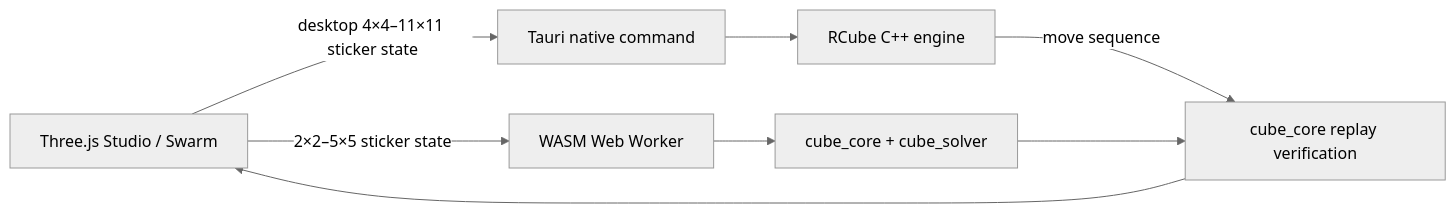
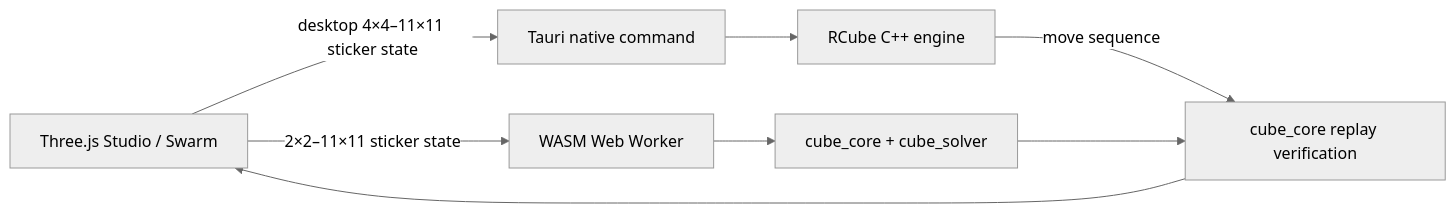
The diagram in README.md (evaarnas/Solvaus-hybridi), drawn with Mermaid (neutral theme) before and after one commit. The commit also changed other lines of this file and 8 other files, not shown here.

````diff
--- a/README.md
+++ b/README.md
@@ -144,10 +144,10 @@
 ```mermaid
 flowchart LR
-    UI[Three.js Studio / Swarm] -->|2×2–5×5 sticker state| Worker[WASM Web Worker]
+    UI[Three.js Studio / Swarm] -->|2×2–11×11 sticker state| Worker[WASM Web Worker]
     UI -->|desktop 4×4–11×11 sticker state| Tauri[Tauri native command]
     Worker --> Core[cube_core + cube_solver]
     Tauri --> RCube[RCube C++ engine]
     RCube -->|move sequence| Verify[cube_core replay verification]
     Core --> Verify
     Verify --> UI
 ```
````
